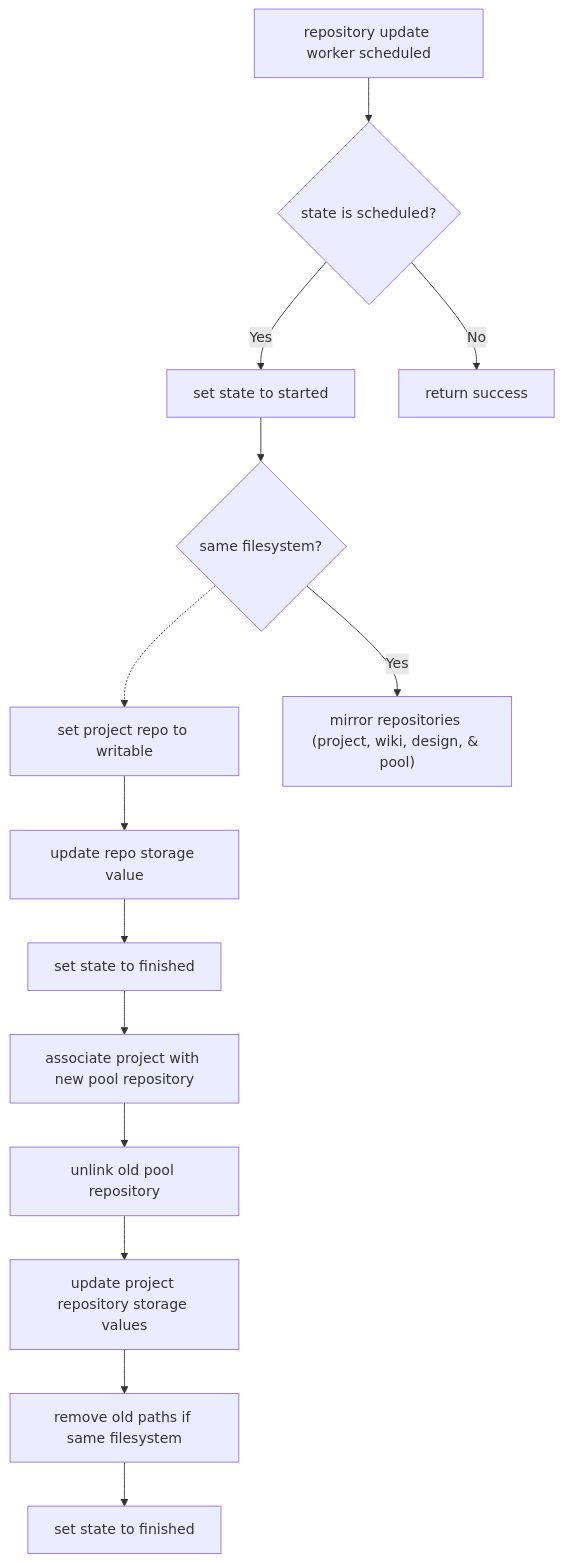
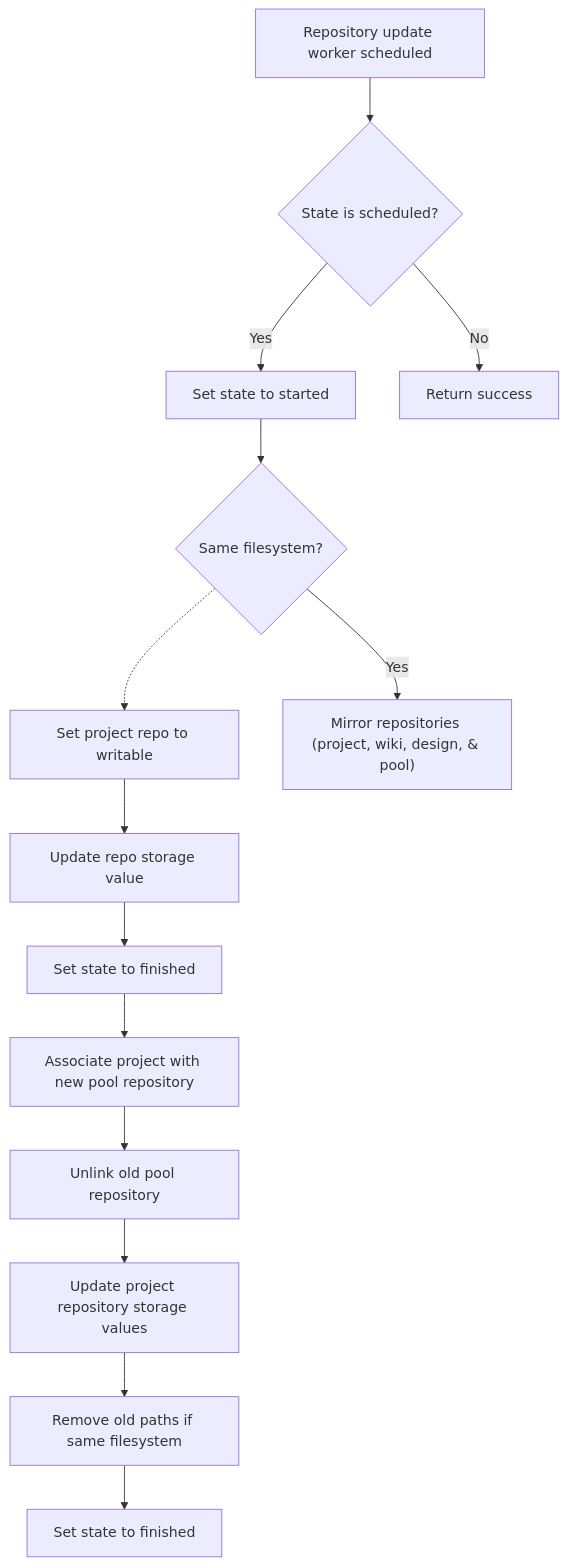
The second of 2 diagrams in doc/development/repository_storage_moves/index.md (ashierj/superdemo), drawn with Mermaid before and after one commit. The commit also changed other lines of this file, not shown here.

Commit message:
Capitalization and code tags
Standardize capitalization in lists. Fix capitalization in the
mermaid graphs, and wrap a few items (clearly names of calls) in
code tags.

````diff
--- a/doc/development/repository_storage_moves/index.md
+++ b/doc/development/repository_storage_moves/index.md
@@ -87,16 +87,16 @@
 ```mermaid
 graph TD
-  A[repository update worker scheduled] --> B{state is scheduled?}
-  B -->|Yes| C[set state to started]
-  B -->|No| D[return success]
-  C --> E{same filesystem?}
-  E -.-> G[set project repo to writable]
-  E -->|Yes| F["mirror repositories (project, wiki, design, & pool)"]
-  G --> H[update repo storage value]
-  H --> I[set state to finished]
-  I --> J[associate project with new pool repository]
-  J --> K[unlink old pool repository]
-  K --> L[update project repository storage values]
-  L --> N[remove old paths if same filesystem]
-  N --> M[set state to finished]
+  A[Repository update worker scheduled] --> B{State is scheduled?}
+  B -->|Yes| C[Set state to started]
+  B -->|No| D[Return success]
+  C --> E{Same filesystem?}
+  E -.-> G[Set project repo to writable]
+  E -->|Yes| F["Mirror repositories (project, wiki, design, & pool)"]
+  G --> H[Update repo storage value]
+  H --> I[Set state to finished]
+  I --> J[Associate project with new pool repository]
+  J --> K[Unlink old pool repository]
+  K --> L[Update project repository storage values]
+  L --> N[Remove old paths if same filesystem]
+  N --> M[Set state to finished]
 ```
````
